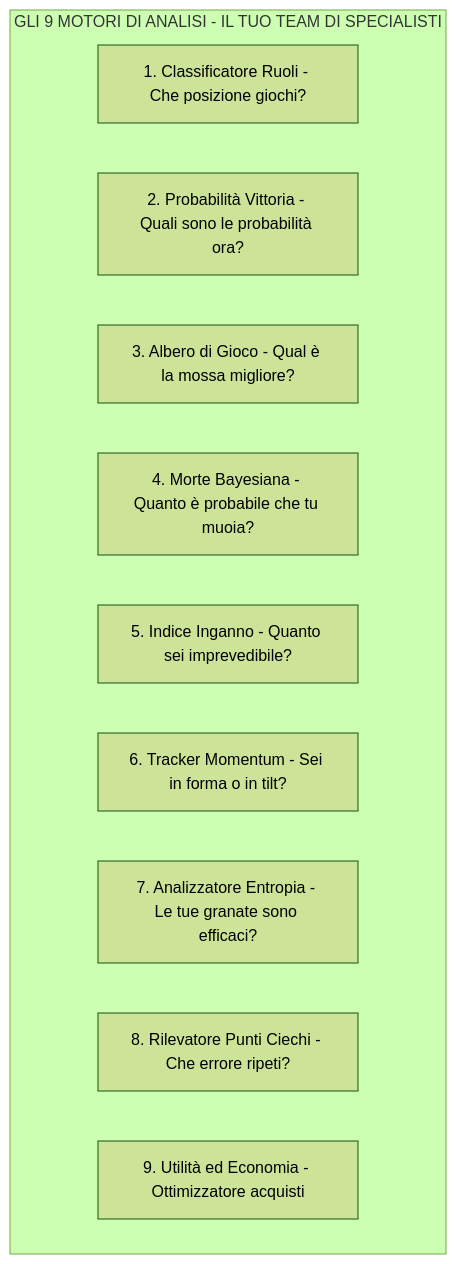
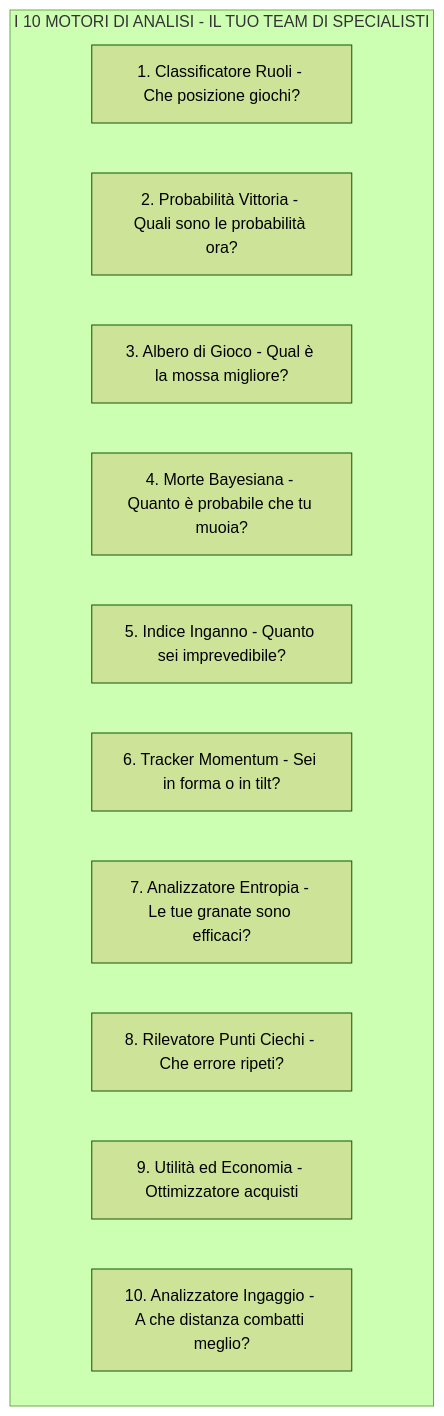
One commit to renanaugustomacena-ux/Counter-Strike-coach-AI changed diagram 14 of 32 in docs/AI-cs2-coach-part2.md. Above: the diagram before and after it, drawn with Mermaid (forest theme). The commit also changed other lines of this file and 6 other files, not shown here.

First line of the commit message:
Update docs: fix metrics, replace broken SVG with mermaid ER, generate PDFs

````diff
--- a/docs/AI-cs2-coach-part2.md
+++ b/docs/AI-cs2-coach-part2.md
@@ -661,14 +661,15 @@
 ```mermaid
 flowchart TB
-    subgraph ENGINES["GLI 9 MOTORI DI ANALISI - IL TUO TEAM DI SPECIALISTI"]
+    subgraph ENGINES["I 10 MOTORI DI ANALISI - IL TUO TEAM DI SPECIALISTI"]
         E1["1. Classificatore Ruoli - Che posizione giochi?"]
         E2["2. Probabilità Vittoria - Quali sono le probabilità ora?"]
         E3["3. Albero di Gioco - Qual è la mossa migliore?"]
         E4["4. Morte Bayesiana - Quanto è probabile che tu muoia?"]
         E5["5. Indice Inganno - Quanto sei imprevedibile?"]
         E6["6. Tracker Momentum - Sei in forma o in tilt?"]
         E7["7. Analizzatore Entropia - Le tue granate sono efficaci?"]
         E8["8. Rilevatore Punti Ciechi - Che errore ripeti?"]
         E9["9. Utilità ed Economia - Ottimizzatore acquisti"]
+        E10["10. Analizzatore Ingaggio - A che distanza combatti meglio?"]
     end
 ```
````
